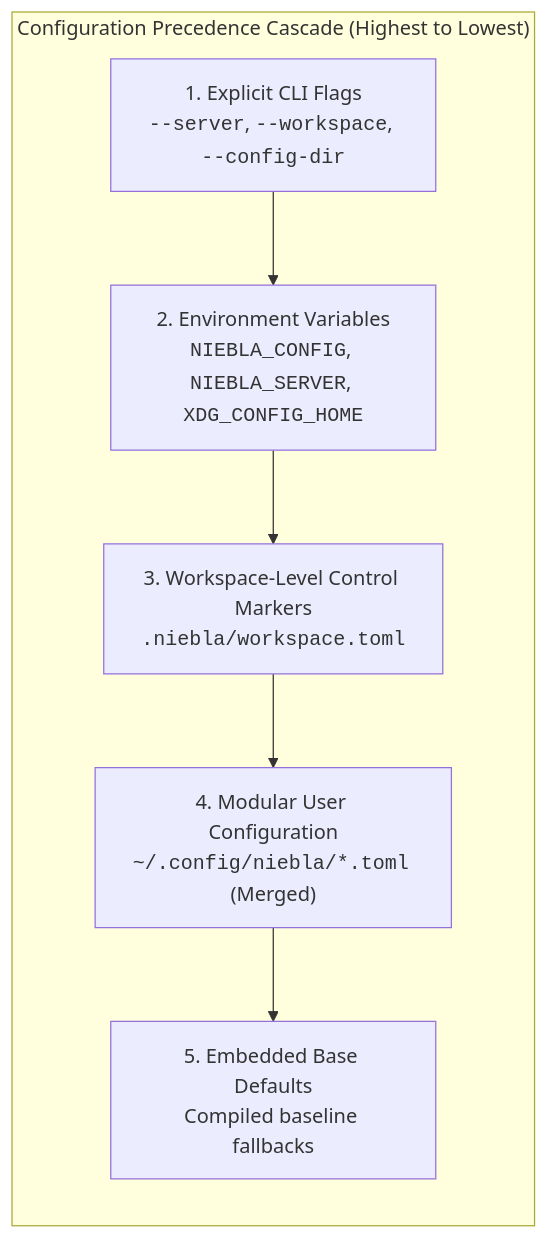
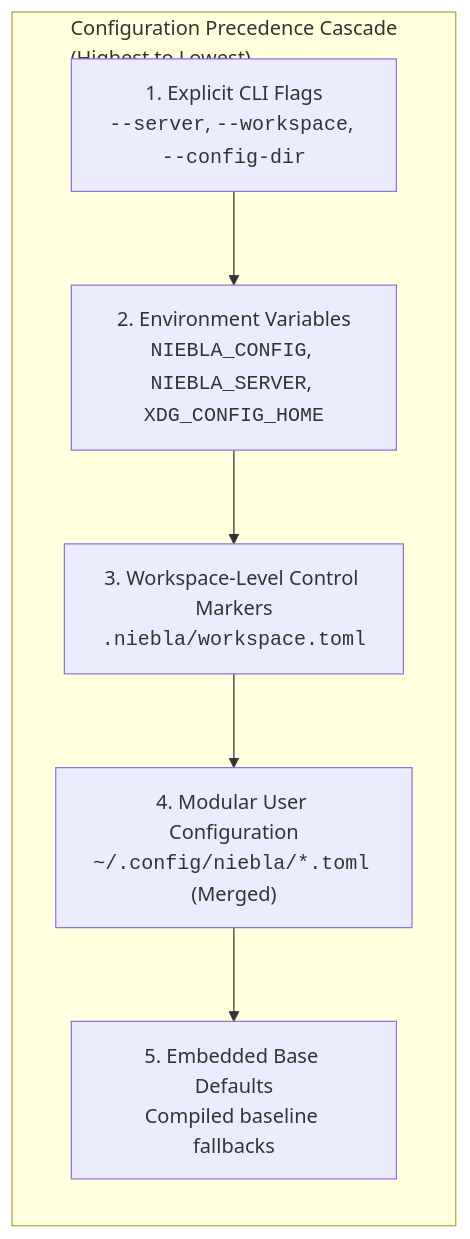
Before and after one commit to mrtnzjsh/niebla: the diagram in docs-site/src/content/docs/reference/configuration.md, drawn with Mermaid. The commit also changed other lines of this file and 6 other files, not shown here.

````diff
--- a/docs-site/src/content/docs/reference/configuration.md
+++ b/docs-site/src/content/docs/reference/configuration.md
@@ -23,12 +23,12 @@
 ```mermaid
 flowchart TD
-    subgraph Precedence["Configuration Precedence Cascade (Highest to Lowest)"]
+    subgraph Precedence["Configuration Precedence Cascade<br/>(Highest to Lowest)"]
         direction TB
         P1["1. Explicit CLI Flags<br/><code>--server</code>, <code>--workspace</code>, <code>--config-dir</code>"]
         P2["2. Environment Variables<br/><code>NIEBLA_CONFIG</code>, <code>NIEBLA_SERVER</code>, <code>XDG_CONFIG_HOME</code>"]
         P3["3. Workspace-Level Control Markers<br/><code>.niebla/workspace.toml</code>"]
         P4["4. Modular User Configuration<br/><code>~/.config/niebla/*.toml</code> (Merged)"]
         P5["5. Embedded Base Defaults<br/>Compiled baseline fallbacks"]
         P1 --> P2 --> P3 --> P4 --> P5
     end
 ```
````
